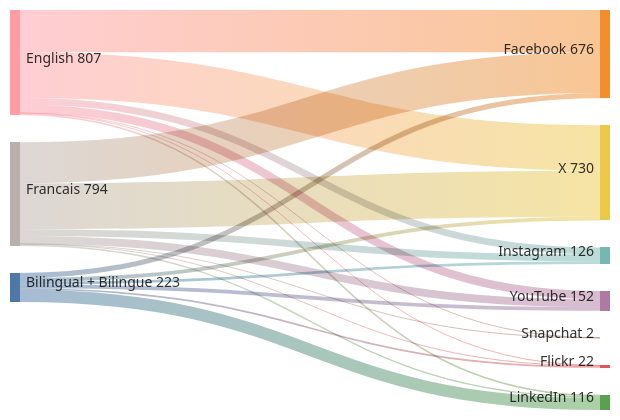
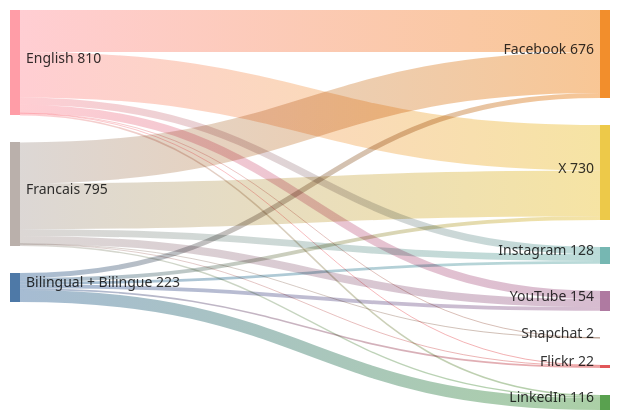
The diagram in sankey_diagram.md (PatLittle/GC-Socials), drawn with Mermaid before and after one commit.

Commit message:
Update Sankey diagram for the most recent day

````diff
--- a/sankey_diagram.md
+++ b/sankey_diagram.md
@@ -1,23 +1,23 @@
 ```mermaid
 sankey-beta
   Bilingual + Bilingue,Facebook,39
   Bilingual + Bilingue,Flickr,13
   Bilingual + Bilingue,Instagram,21
   Bilingual + Bilingue,LinkedIn,93
   Bilingual + Bilingue,X,29
   Bilingual + Bilingue,YouTube,28
   English,Facebook,323
   English,Flickr,5
-  English,Instagram,53
+  English,Instagram,55
   English,LinkedIn,12
   English,Snapchat,1
   English,X,349
-  English,YouTube,64
+  English,YouTube,65
   Francais,Facebook,314
   Francais,Flickr,4
   Francais,Instagram,52
   Francais,LinkedIn,11
   Francais,Snapchat,1
   Francais,X,352
-  Francais,YouTube,60
+  Francais,YouTube,61
 ```
````
